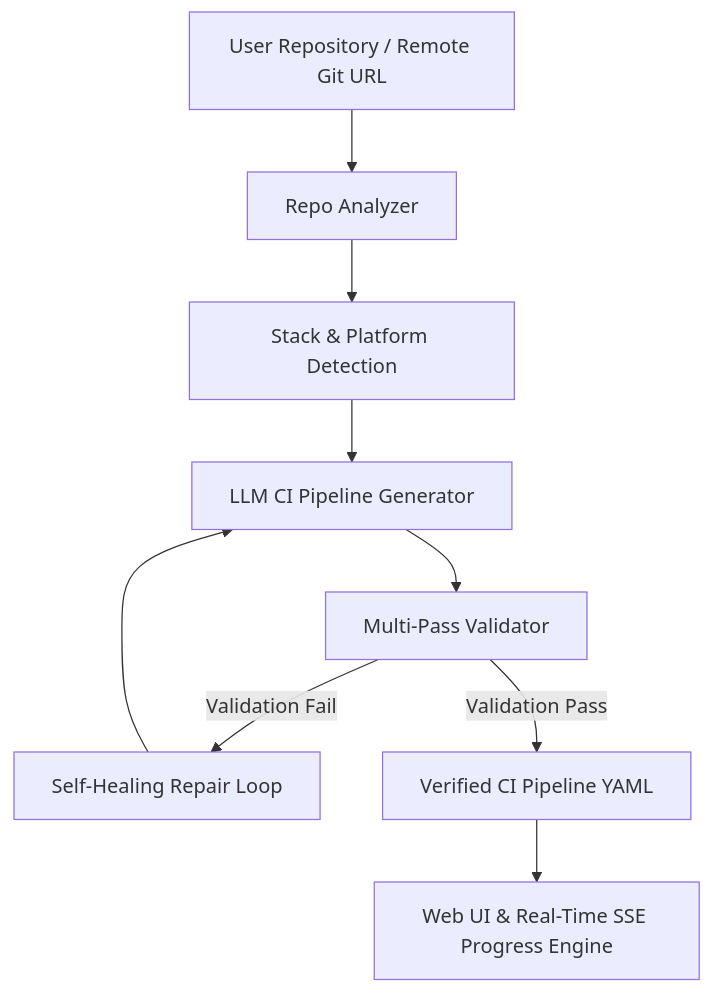
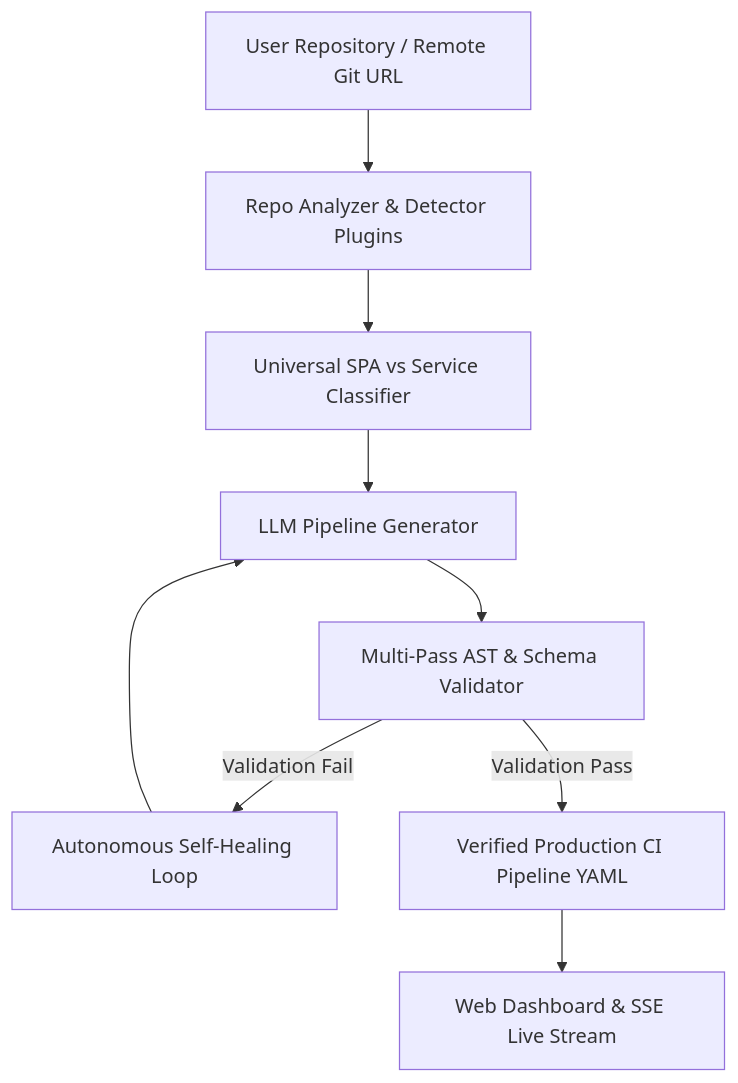
One commit to Soo-de/RepoFlow changed the diagram in README.md. Above: the diagram before and after it, drawn with Mermaid. The commit also changed other lines of this file and 1 other file, not shown here.

````diff
--- a/README.md
+++ b/README.md
@@ -46,11 +75,11 @@
 ```mermaid
 flowchart TD
-    A[User Repository / Remote Git URL] --> B[Repo Analyzer]
-    B --> C[Stack & Platform Detection]
-    C --> D[LLM CI Pipeline Generator]
-    D --> E[Multi-Pass Validator]
-    E -->|Validation Fail| F[Self-Healing Repair Loop]
+    A[User Repository / Remote Git URL] --> B[Repo Analyzer & Detector Plugins]
+    B --> C[Universal SPA vs Service Classifier]
+    C --> D[LLM Pipeline Generator]
+    D --> E[Multi-Pass AST & Schema Validator]
+    E -->|Validation Fail| F[Autonomous Self-Healing Loop]
     F --> D
-    E -->|Validation Pass| G[Verified CI Pipeline YAML]
-    G --> H[Web UI & Real-Time SSE Progress Engine]
+    E -->|Validation Pass| G[Verified Production CI Pipeline YAML]
+    G --> H[Web Dashboard & SSE Live Stream]
 ```
````
